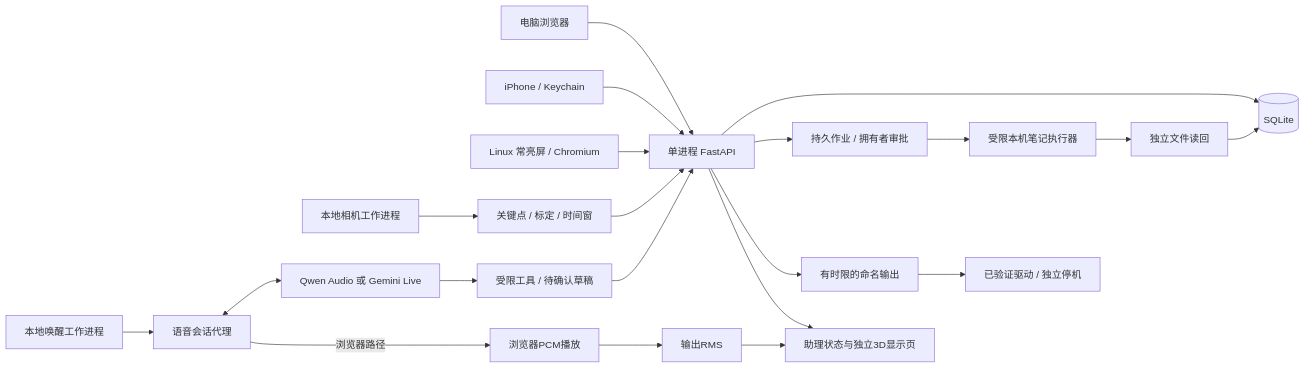
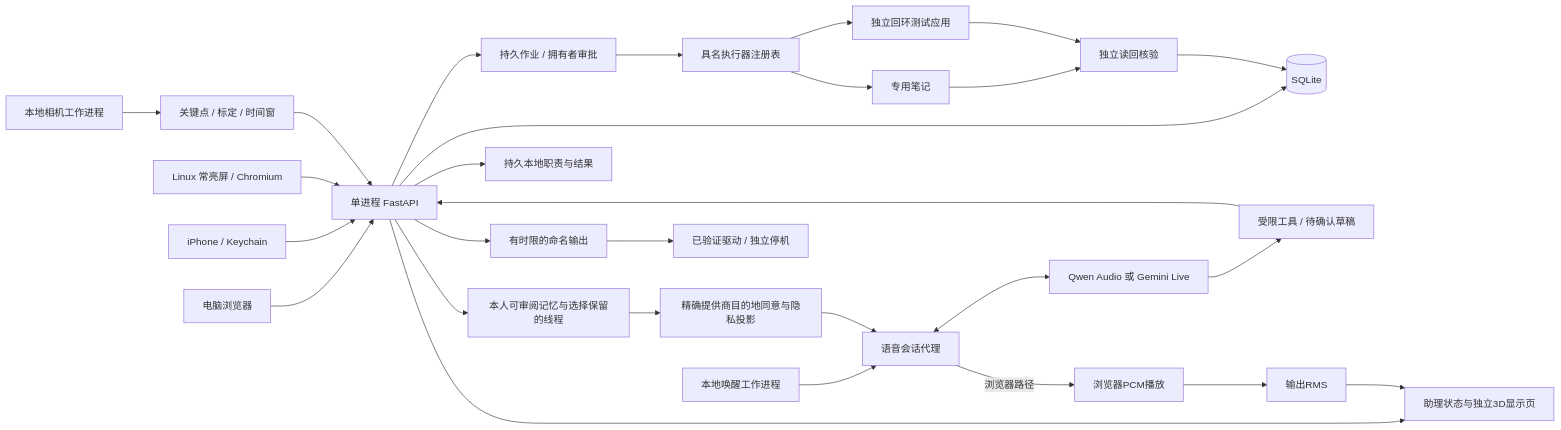
The diagram in desk-companion/docs/architecture.md (tantalum666/FYP), drawn with Mermaid before and after one commit. The commit also changed other lines of this file and 120 other files, not shown here.

````diff
--- a/desk-companion/docs/architecture.md
+++ b/desk-companion/docs/architecture.md
@@ -9,23 +7,30 @@
 ```mermaid
 flowchart LR
   Web[电脑浏览器] --> API[单进程 FastAPI]
   Phone[iPhone / Keychain] --> API
   Screen[Linux 常亮屏 / Chromium] --> API
   API --> DB[(SQLite)]
   Camera[本地相机工作进程] --> Pose[关键点 / 标定 / 时间窗]
   Pose --> API
   Wake[本地唤醒工作进程] --> Voice[语音会话代理]
   Voice <--> Provider[Qwen Audio 或 Gemini Live]
   Provider --> Tools[受限工具 / 待确认草稿]
   Tools --> API
   API --> Jobs[持久作业 / 拥有者审批]
-  Jobs --> Executor[受限本机笔记执行器]
-  Executor --> Verify[独立文件读回]
+  Jobs --> Executor[具名执行器注册表]
+  Executor --> Note[专用笔记]
+  Executor --> App[独立回环测试应用]
+  Note --> Verify[独立读回核验]
+  App --> Verify
+  API --> Context[本人可审阅记忆与选择保留的线程]
+  Context --> Consent[精确提供商目的地同意与隐私投影]
+  Consent --> Voice
+  API --> Routine[持久本地职责与结果]
   Verify --> DB
   API --> Queue[有时限的命名输出]
   Queue --> Driver[已验证驱动 / 独立停机]
   API --> Avatar[助理状态与独立3D显示页]
   Voice -->|浏览器路径| BrowserAudio[浏览器PCM播放]
   BrowserAudio --> Meter[输出RMS]
   Meter --> Avatar
 ```
````
